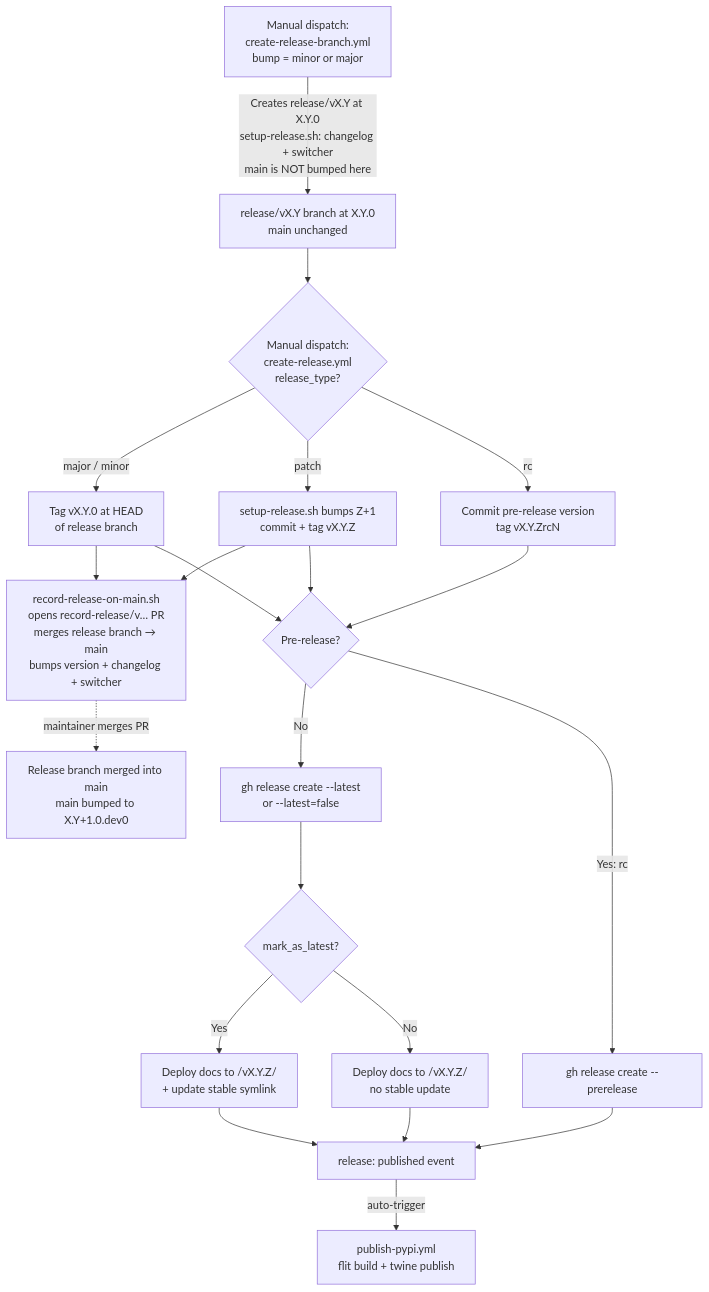
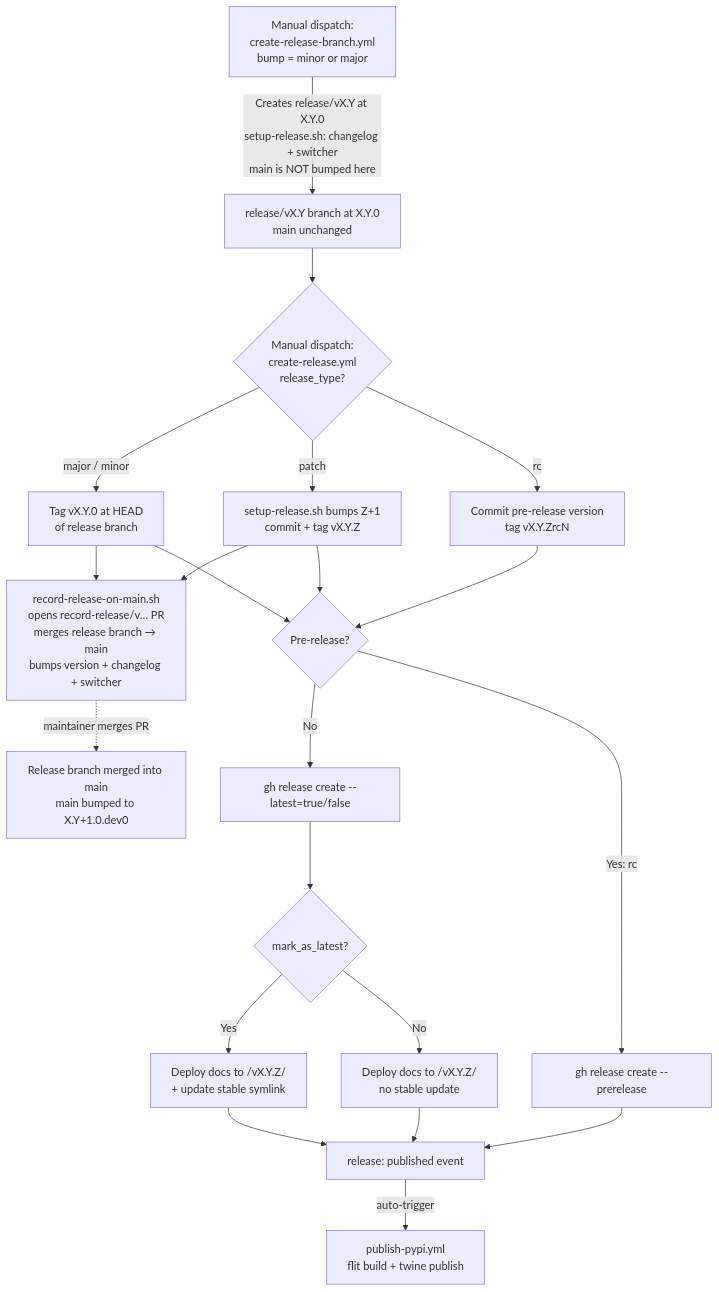
The first of 2 diagrams in docs/RELEASE_PROCESS.md (Deltares/hydromt), drawn with Mermaid before and after one commit. The commit also changed 1 other file, not shown here.

Commit message:
review comments

````diff
--- a/docs/RELEASE_PROCESS.md
+++ b/docs/RELEASE_PROCESS.md
@@ -13,34 +13,34 @@
 ```mermaid
 flowchart TD
     A[Manual dispatch:<br/>create-release-branch.yml<br/>bump = minor or major]
       -->|Creates release/vX.Y at X.Y.0<br/>setup-release.sh: changelog + switcher<br/>main is NOT bumped here| B[release/vX.Y branch at X.Y.0<br/>main unchanged]
 
     B --> C{Manual dispatch:<br/>create-release.yml<br/>release_type?}
 
     C -->|major / minor| D1[Tag vX.Y.0 at HEAD<br/>of release branch]
     C -->|patch| D2[setup-release.sh bumps Z+1<br/>commit + tag vX.Y.Z]
     C -->|rc| D3[Commit pre-release version<br/>tag vX.Y.ZrcN]
 
     D1 --> E[record-release-on-main.sh<br/>opens record-release/v… PR<br/>merges release branch → main<br/>bumps version + changelog + switcher]
     D2 --> E
 
     D1 --> F{Pre-release?}
     D2 --> F
     D3 --> F
 
-    F -->|No| G1[gh release create --latest<br/>or --latest=false]
+    F -->|No| G1[gh release create --latest=true/false]
     F -->|Yes: rc| G2[gh release create --prerelease]
 
     G1 --> H{mark_as_latest?}
     G2 --> I[release: published event]
 
     H -->|Yes| H1[Deploy docs to /vX.Y.Z/<br/>+ update stable symlink]
     H -->|No| H2[Deploy docs to /vX.Y.Z/<br/>no stable update]
 
     H1 --> I
     H2 --> I
 
     I -->|auto-trigger| J[publish-pypi.yml<br/>flit build + twine publish]
 
     E -.->|maintainer merges PR| K[Release branch merged into main<br/>main bumped to X.Y+1.0.dev0]
 ```
````
